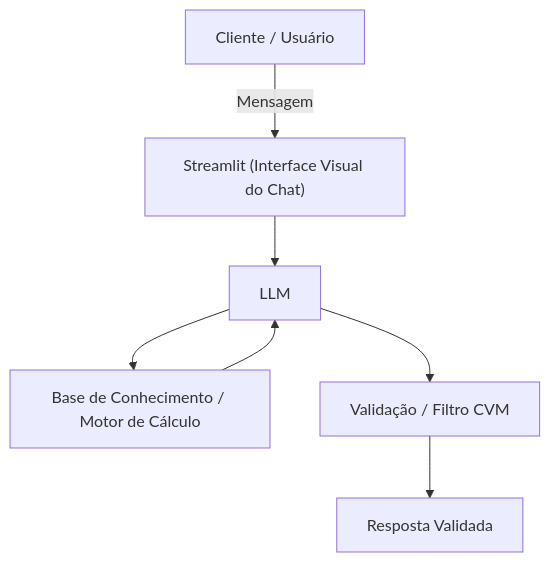
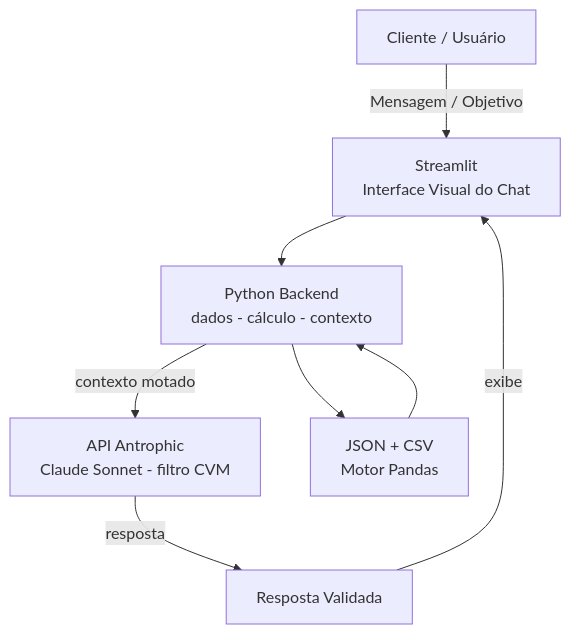
One commit to WaldirCarlosSantos/dio-lab-bia-do-futuro changed the diagram in docs/01-documentacao-agente.md. Above: the diagram before and after it, drawn with Mermaid. The commit also changed other lines of this file, not shown here.

````diff
--- a/docs/01-documentacao-agente.md
+++ b/docs/01-documentacao-agente.md
@@ -48,9 +58,10 @@
 ```mermaid
 flowchart TD
-    A[Cliente / Usuário] -->|Mensagem| B["Streamlit (Interface Visual do Chat)"]
-    B --> C[LLM]
-    C --> D[Base de Conhecimento / Motor de Cálculo]
-    D --> C
-    C --> E[Validação / Filtro CVM]
-    E --> F[Resposta Validada]
+    A[Cliente / Usuário] -->|Mensagem / Objetivo| B["Streamlit  \n Interface Visual do Chat"]
+    B --> C["Python Backend \n dados - cálculo - contexto"]
+    C --> |contexto motado| D["API Antrophic \n Claude Sonnet - filtro CVM"]
+    D --> |resposta| E[Resposta Validada]
+    C --> F["JSON + CSV \n Motor Pandas"]
+    F --> C
+    E --> |exibe| B
 ```
````
